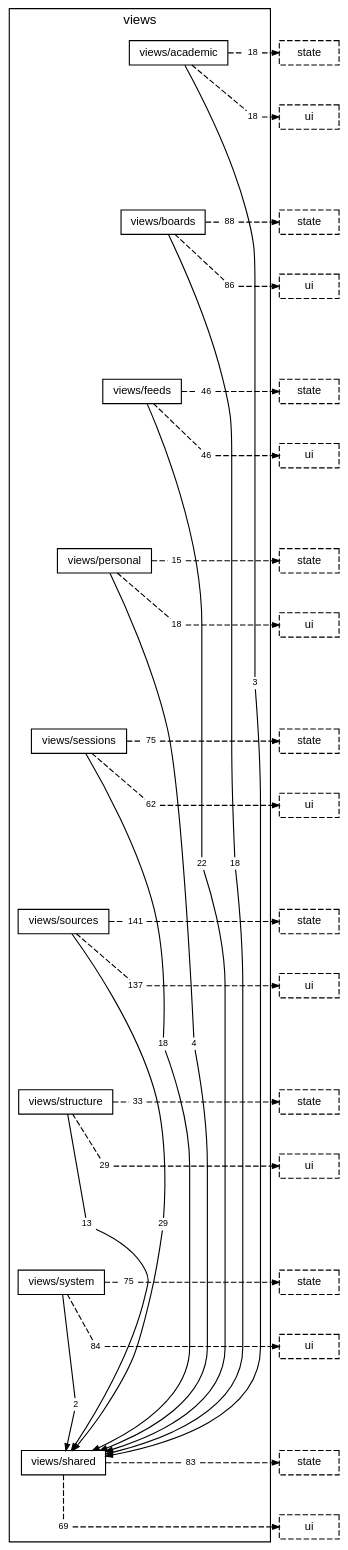
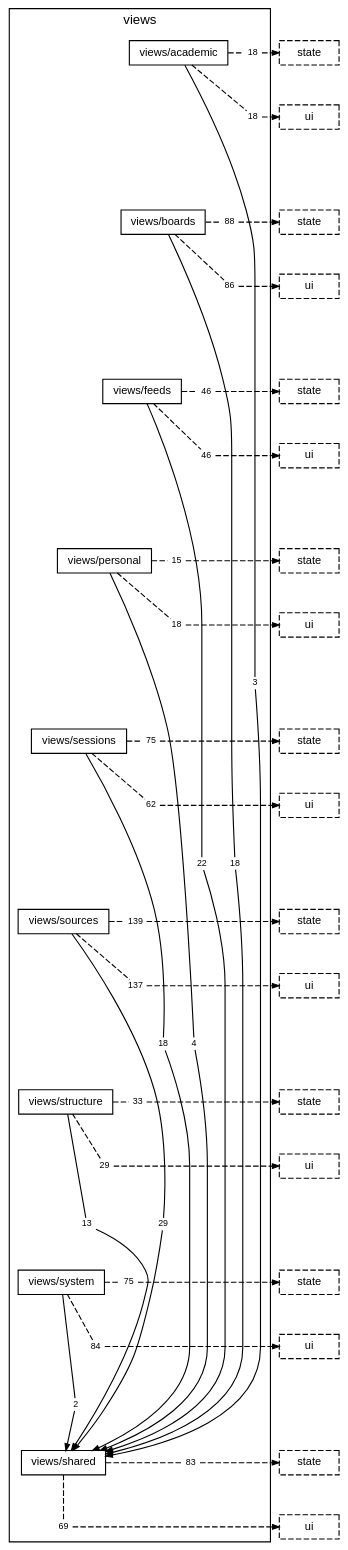
One commit to TheAxeC/oculus changed the diagram in docs/diagrams/layer-views.dot. Above: the diagram before and after it, drawn with Graphviz. The commit also changed 64 other files, not shown here.

```diff
--- a/docs/diagrams/layer-views.dot
+++ b/docs/diagrams/layer-views.dot
@@ -29,7 +29,7 @@
         "folder views/sessions to layer state" [label="75", shape=box, color="transparent", fontsize=8, width=0, height=0, margin="0.04,0.02"];
         "folder views/sessions to layer ui" [label="62", shape=box, color="transparent", fontsize=8, width=0, height=0, margin="0.04,0.02"];
         "folder views/sources to folder views/shared" [label="29", shape=box, color="transparent", fontsize=8, width=0, height=0, margin="0.04,0.02"];
-        "folder views/sources to layer state" [label="141", shape=box, color="transparent", fontsize=8, width=0, height=0, margin="0.04,0.02"];
+        "folder views/sources to layer state" [label="139", shape=box, color="transparent", fontsize=8, width=0, height=0, margin="0.04,0.02"];
         "folder views/sources to layer ui" [label="137", shape=box, color="transparent", fontsize=8, width=0, height=0, margin="0.04,0.02"];
         "folder views/structure to folder views/shared" [label="13", shape=box, color="transparent", fontsize=8, width=0, height=0, margin="0.04,0.02"];
         "folder views/structure to layer state" [label="33", shape=box, color="transparent", fontsize=8, width=0, height=0, margin="0.04,0.02"];
```
